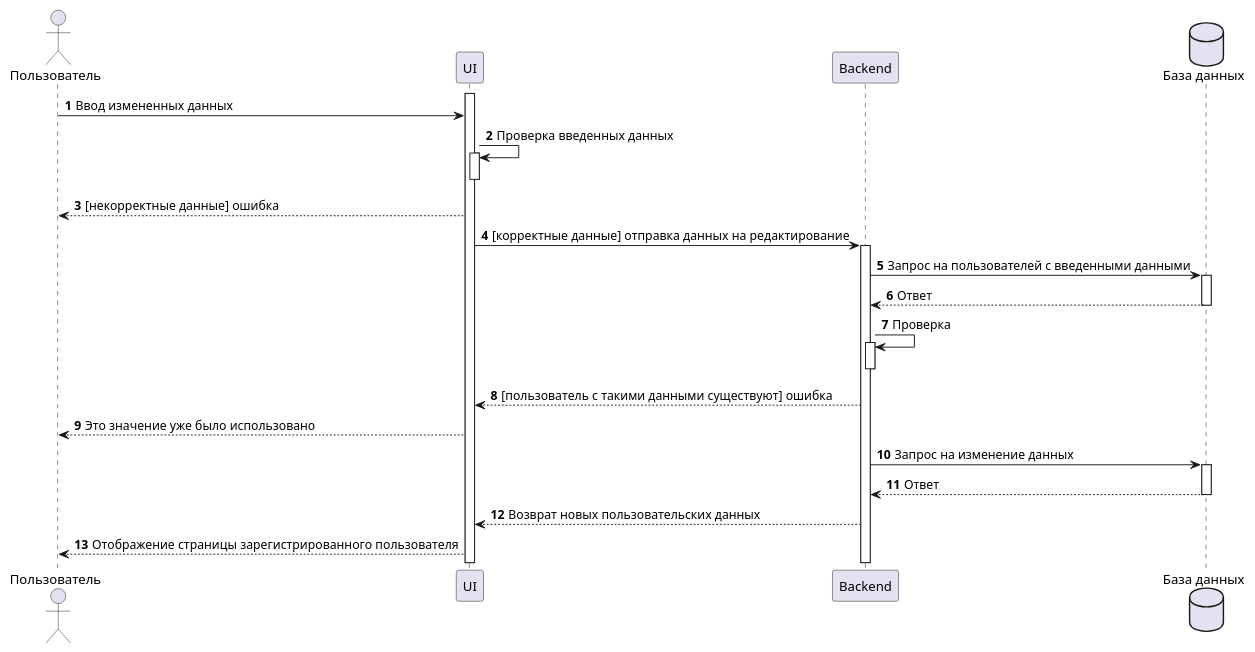
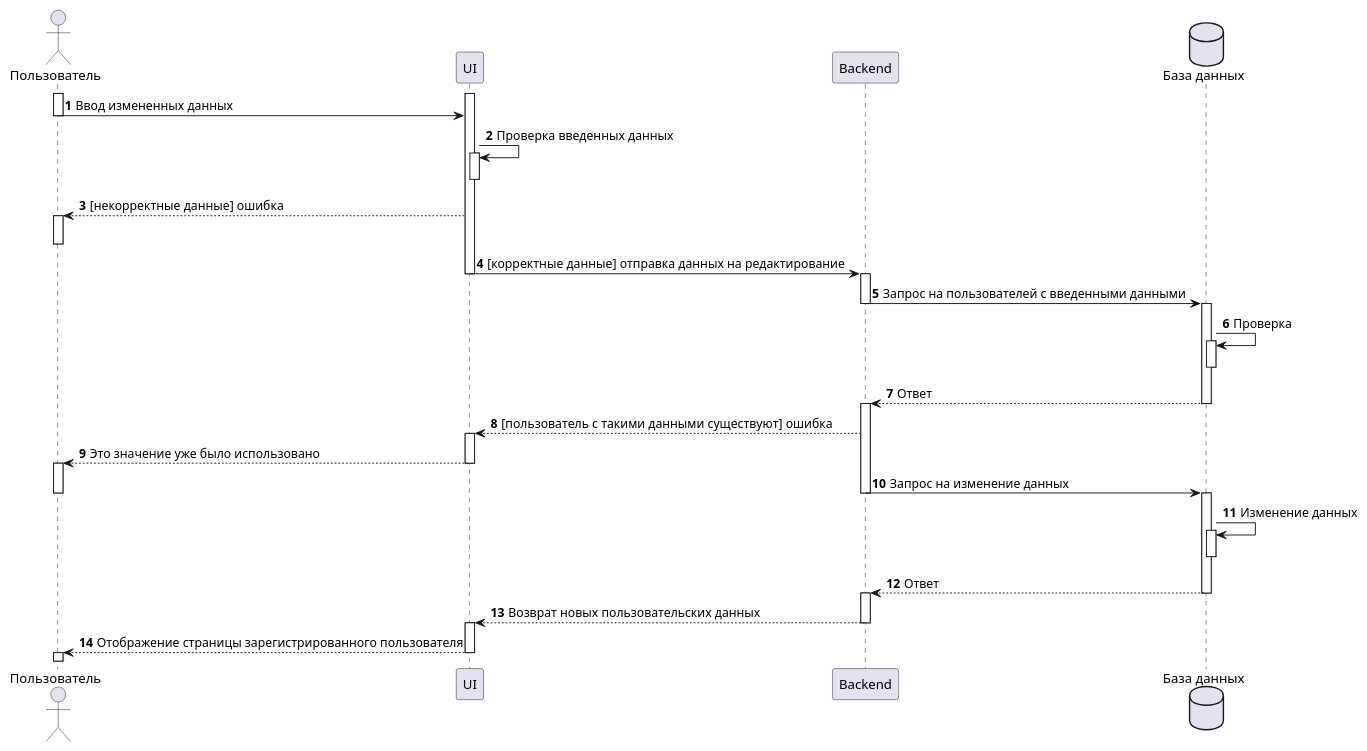
One commit to xlebec27/RGARMusic changed the diagram in docs/diagrams/SequenceUpdateInformation.puml. Above: the diagram before and after it, drawn with PlantUML.

Commit message:
Final SequenceUpdateInformation

```diff
--- a/docs/diagrams/SequenceUpdateInformation.puml
+++ b/docs/diagrams/SequenceUpdateInformation.puml
@@ -1,43 +1,52 @@
 @startuml
 autonumber
 
 actor "Пользователь" as user
 participant "UI" as ui
 participant "Backend" as backend
 database "База данных" as database
 
 activate ui
+activate user
 user->ui:Ввод измененных данных
+deactivate user
 ui->ui:Проверка введенных данных
 activate ui
 deactivate ui
 ui-->user:[некорректные данные] ошибка
-
+activate user
+deactivate user
 ui->backend:[корректные данные] отправка данных на редактирование
+deactivate ui
 activate backend
-
 backend->database:Запрос на пользователей с введенными данными
+deactivate backend
 activate database
-
+database->database:Проверка
+activate database
+deactivate database
 database-->backend:Ответ
 deactivate database
-
-backend->backend:Проверка
 activate backend
+backend-->ui:[пользователь с такими данными существуют] ошибка
+activate ui
+ui-->user:Это значение уже было использовано
+deactivate ui
+activate user
+backend->database:Запрос на изменение данных
 deactivate backend
-
-backend-->ui:[пользователь с такими данными существуют] ошибка
-
-ui-->user:Это значение уже было использовано
-
-
-
-backend->database:Запрос на изменение данных
+deactivate user
 activate database
+database->database:Изменение данных
+activate database
+deactivate database
 database-->backend:Ответ
 deactivate database
-
+activate backend
 backend-->ui:Возврат новых пользовательских данных
-
+deactivate backend
+activate ui
 ui-->user:Отображение страницы зарегистрированного пользователя
+deactivate ui
+activate user
 @enduml
```
